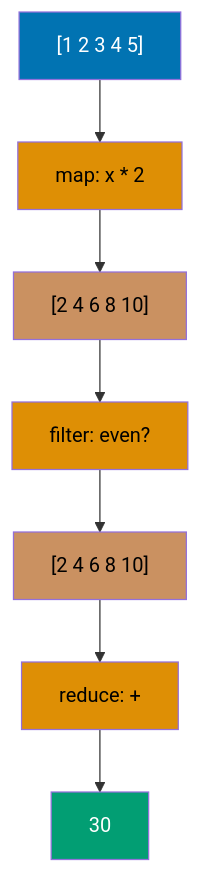
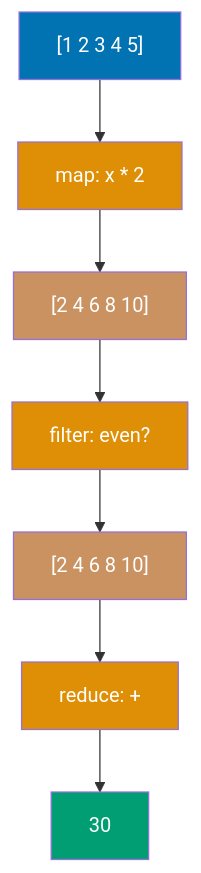
Before and after one commit to wahidyankf/open-sharia-enterprise: the fifth of 8 diagrams in apps/ayokoding-web/content/en/learn/software-engineering/programming-languages/clojure/by-example/beginner.md, drawn with Mermaid. The commit also changed other lines of this file and 61 other files, not shown here.

First line of the commit message:
fix(ayokoding-web): quote Mermaid node labels with special characters in Example 63

````diff
--- a/apps/ayokoding-web/content/en/learn/software-engineering/programming-languages/clojure/by-example/beginner.md
+++ b/apps/ayokoding-web/content/en/learn/software-engineering/programming-languages/clojure/by-example/beginner.md
@@ -669,18 +669,18 @@
 ```mermaid
 %% Map filter reduce pipeline
 graph TD
     A["[1 2 3 4 5]"] --> B[map: x * 2]
     B --> C["[2 4 6 8 10]"]
     C --> D[filter: even?]
     D --> E["[2 4 6 8 10]"]
     E --> F[reduce: +]
     F --> G["30"]
 
     style A fill:#0173B2,color:#fff
-    style B fill:#DE8F05,color:#000
-    style C fill:#CA9161,color:#000
-    style D fill:#DE8F05,color:#000
-    style E fill:#CA9161,color:#000
-    style F fill:#DE8F05,color:#000
+    style B fill:#DE8F05,color:#fff
+    style C fill:#CA9161,color:#fff
+    style D fill:#DE8F05,color:#fff
+    style E fill:#CA9161,color:#fff
+    style F fill:#DE8F05,color:#fff
     style G fill:#029E73,color:#fff
 ```
````
